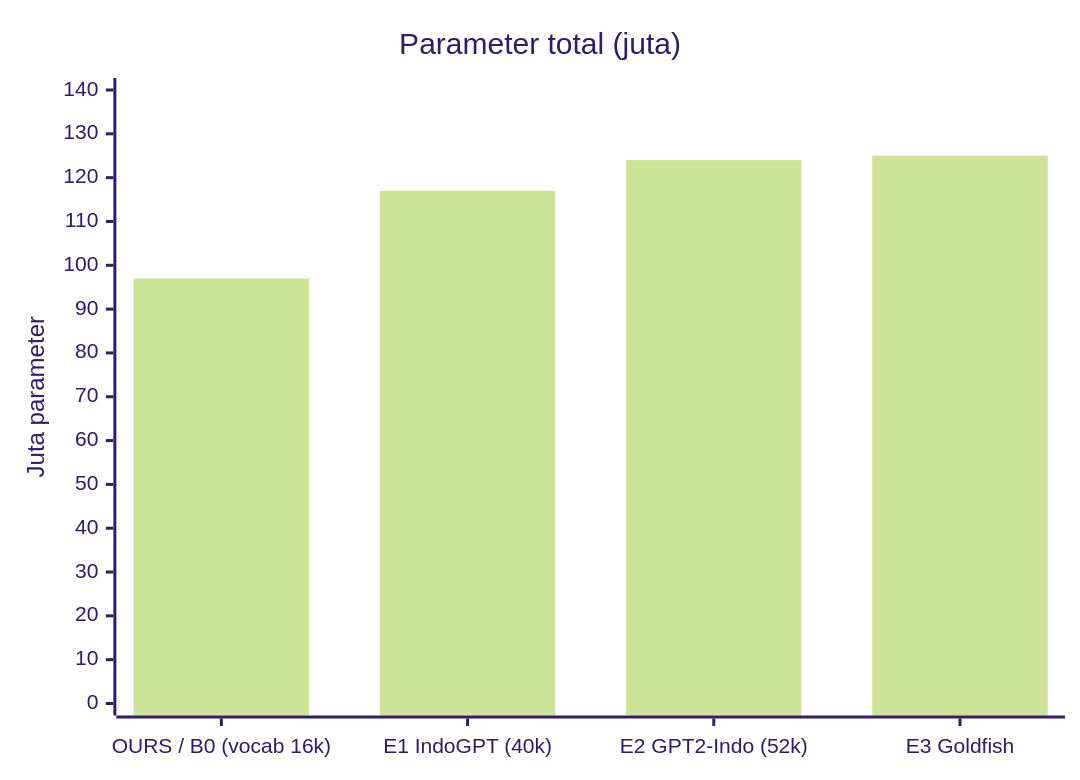
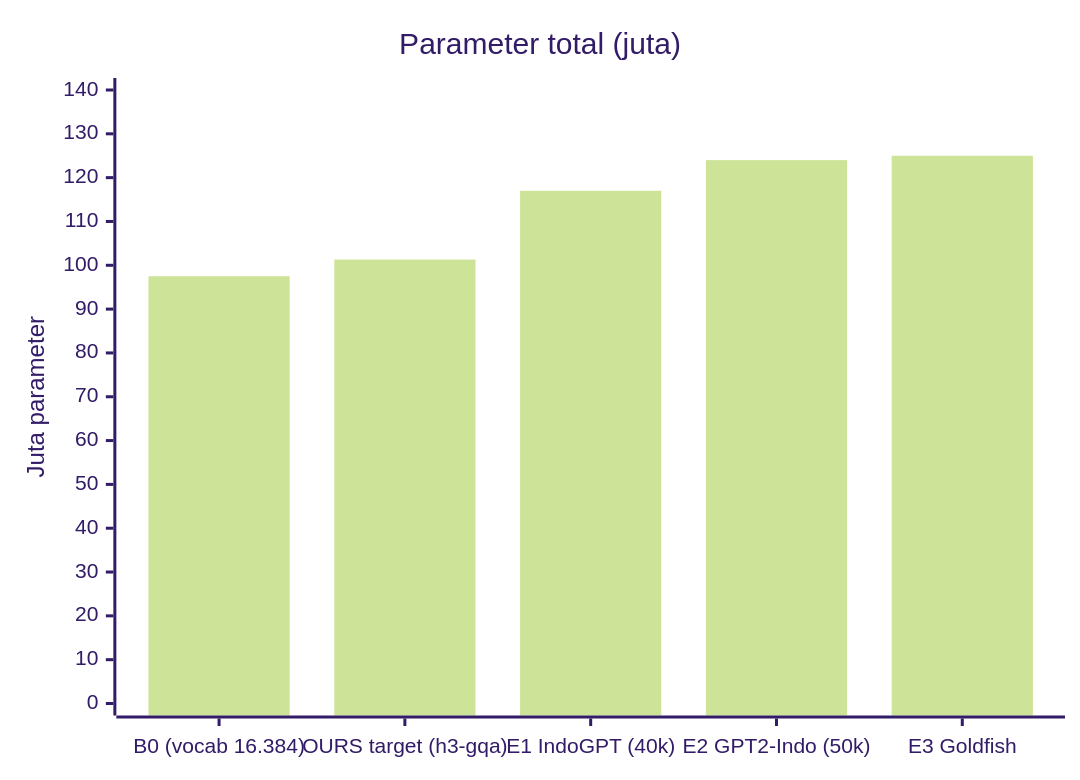
One commit to rexxar280903/SLM-INDO changed the second of 3 diagrams in KONSEP.md. Above: the diagram before and after it, drawn with Mermaid (forest theme). The commit also changed other lines of this file and 29 other files, not shown here.

````diff
--- a/KONSEP.md
+++ b/KONSEP.md
@@ -506,7 +599,7 @@
 ```mermaid
 xychart-beta
     title "Parameter total (juta)"
-    x-axis ["OURS / B0 (vocab 16k)", "E1 IndoGPT (40k)", "E2 GPT2-Indo (52k)", "E3 Goldfish"]
+    x-axis ["B0 (vocab 16.384)", "OURS target (h3-gqa)", "E1 IndoGPT (40k)", "E2 GPT2-Indo (50k)", "E3 Goldfish"]
     y-axis "Juta parameter" 0 --> 140
-    bar [97, 117, 124, 125]
+    bar [97.5, 101.3, 117, 124, 125]
 ```
````
